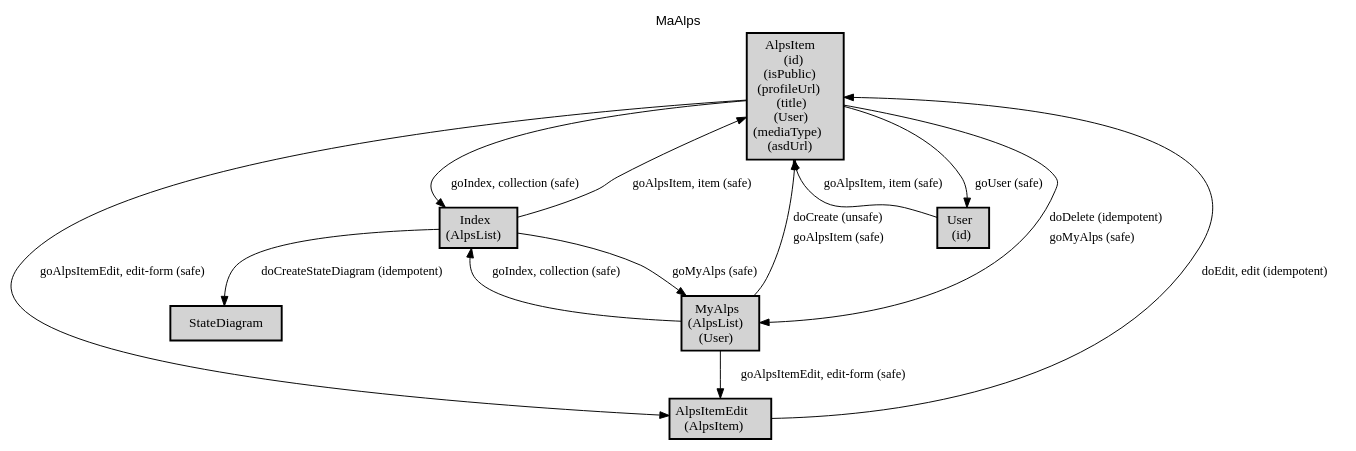
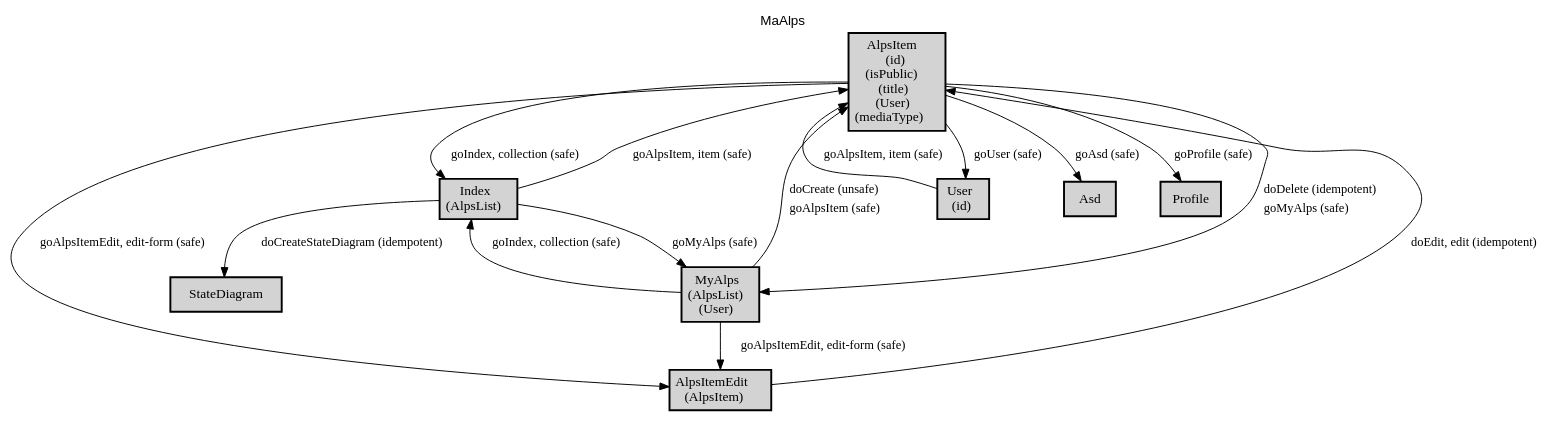
The diagram in docs/profile.dot (ma-alps/spec), drawn with Graphviz before and after one commit. The commit also changed 7 other files, not shown here.

```diff
--- a/docs/profile.dot
+++ b/docs/profile.dot
@@ -1,31 +1,35 @@
 digraph application_state_diagram {
   graph [
     labelloc="t";
     fontname="Helvetica"
     label="MaAlps";
     URL="index.html" target="_parent"
   ];
   node [shape = box, style = "bold,filled" fillcolor="lightgray"];
 
-    AlpsItem [margin=0.02, label=<<table cellspacing="0" cellpadding="5" border="0"><tr><td>AlpsItem<br />(id)<br />(isPublic)<br />(profileUrl)<br />(title)<br />(User)<br />(mediaType)<br />(asdUrl)<br /></td></tr></table>>,shape=box URL="docs/semantic.AlpsItem.html" target="_parent"]
+    AlpsItem [margin=0.02, label=<<table cellspacing="0" cellpadding="5" border="0"><tr><td>AlpsItem<br />(id)<br />(isPublic)<br />(title)<br />(User)<br />(mediaType)<br /></td></tr></table>>,shape=box URL="docs/semantic.AlpsItem.html" target="_parent"]
     AlpsItemEdit [margin=0.02, label=<<table cellspacing="0" cellpadding="5" border="0"><tr><td>AlpsItemEdit<br />(AlpsItem)<br /></td></tr></table>>,shape=box URL="docs/semantic.AlpsItemEdit.html" target="_parent"]
     Index [margin=0.02, label=<<table cellspacing="0" cellpadding="5" border="0"><tr><td>Index<br />(AlpsList)<br /></td></tr></table>>,shape=box URL="docs/semantic.Index.html" target="_parent"]
     MyAlps [margin=0.02, label=<<table cellspacing="0" cellpadding="5" border="0"><tr><td>MyAlps<br />(AlpsList)<br />(User)<br /></td></tr></table>>,shape=box URL="docs/semantic.MyAlps.html" target="_parent"]
     User [margin=0.02, label=<<table cellspacing="0" cellpadding="5" border="0"><tr><td>User<br />(id)<br /></td></tr></table>>,shape=box URL="docs/semantic.User.html" target="_parent"]
 
     AlpsItem -> AlpsItemEdit [label = "goAlpsItemEdit, edit-form (safe)" URL="docs/safe.goAlpsItemEdit.html" target="_parent" fontsize=13];
+    AlpsItem -> Asd [label = "goAsd (safe)" URL="docs/safe.goAsd.html" target="_parent" fontsize=13];
     AlpsItem -> Index [label = "goIndex, collection (safe)" URL="docs/safe.goIndex.html" target="_parent" fontsize=13];
     AlpsItem -> MyAlps [label=<<table  border="0"><tr><td align="left" href="docs/idempotent.doDelete.html">doDelete (idempotent)</td></tr><tr><td align="left" href="docs/safe.goMyAlps.html">goMyAlps (safe)</td></tr></table>> fontsize=13];
+    AlpsItem -> Profile [label = "goProfile (safe)" URL="docs/safe.goProfile.html" target="_parent" fontsize=13];
     AlpsItem -> User [label = "goUser (safe)" URL="docs/safe.goUser.html" target="_parent" fontsize=13];
     AlpsItemEdit -> AlpsItem [label = "doEdit, edit (idempotent)" URL="docs/idempotent.doEdit.html" target="_parent" fontsize=13];
     Index -> AlpsItem [label = "goAlpsItem, item (safe)" URL="docs/safe.goAlpsItem.html" target="_parent" fontsize=13];
     Index -> MyAlps [label = "goMyAlps (safe)" URL="docs/safe.goMyAlps.html" target="_parent" fontsize=13];
     Index -> StateDiagram [label = "doCreateStateDiagram (idempotent)" URL="docs/idempotent.doCreateStateDiagram.html" target="_parent" fontsize=13];
     MyAlps -> AlpsItem [label=<<table  border="0"><tr><td align="left" href="docs/unsafe.doCreate.html">doCreate (unsafe)</td></tr><tr><td align="left" href="docs/safe.goAlpsItem.html">goAlpsItem (safe)</td></tr></table>> fontsize=13];
     MyAlps -> AlpsItemEdit [label = "goAlpsItemEdit, edit-form (safe)" URL="docs/safe.goAlpsItemEdit.html" target="_parent" fontsize=13];
     MyAlps -> Index [label = "goIndex, collection (safe)" URL="docs/safe.goIndex.html" target="_parent" fontsize=13];
     User -> AlpsItem [label = "goAlpsItem, item (safe)" URL="docs/safe.goAlpsItem.html" target="_parent" fontsize=13];
 
+    Asd [URL="docs/semantic.Asd.html" target="_parent"]
+    Profile [URL="docs/semantic.Profile.html" target="_parent"]
     StateDiagram [URL="docs/semantic.StateDiagram.html" target="_parent"]
 
 }
```
